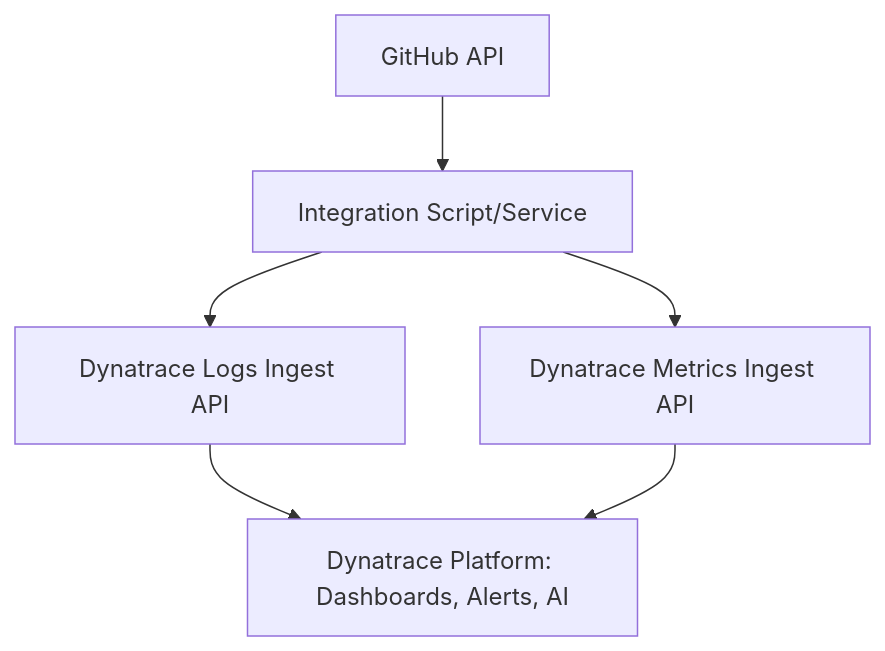
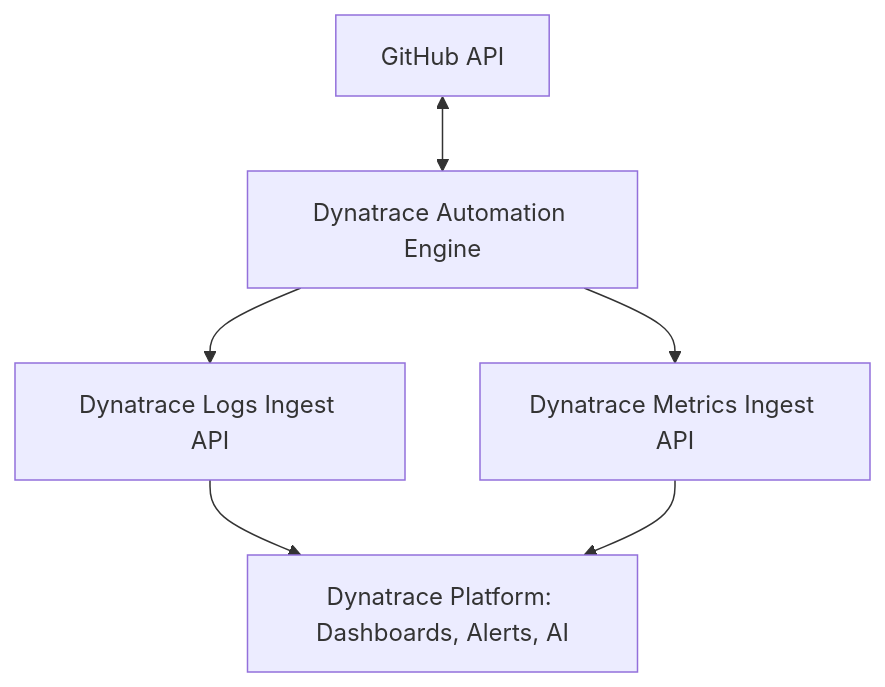
Before and after one commit to theharithsa/DT-Sharable-Flows: the diagram in GitHub_Health_Monitoring/README.md, drawn with Mermaid. The commit also changed other lines of this file, not shown here.

First line of the commit message:
Update README with link and workflow diagram changes

````diff
--- a/GitHub_Health_Monitoring/README.md
+++ b/GitHub_Health_Monitoring/README.md
@@ -39,7 +39,7 @@
 ```mermaid
 graph TD;
-    A[GitHub API] --> B[Integration Script/Service]
+    A[GitHub API] <--> B[Dynatrace Automation Engine]
     B --> C1[Dynatrace Logs Ingest API]
     B --> C2[Dynatrace Metrics Ingest API]
     C1 & C2 --> D[Dynatrace Platform: Dashboards, Alerts, AI]
 ```
````
